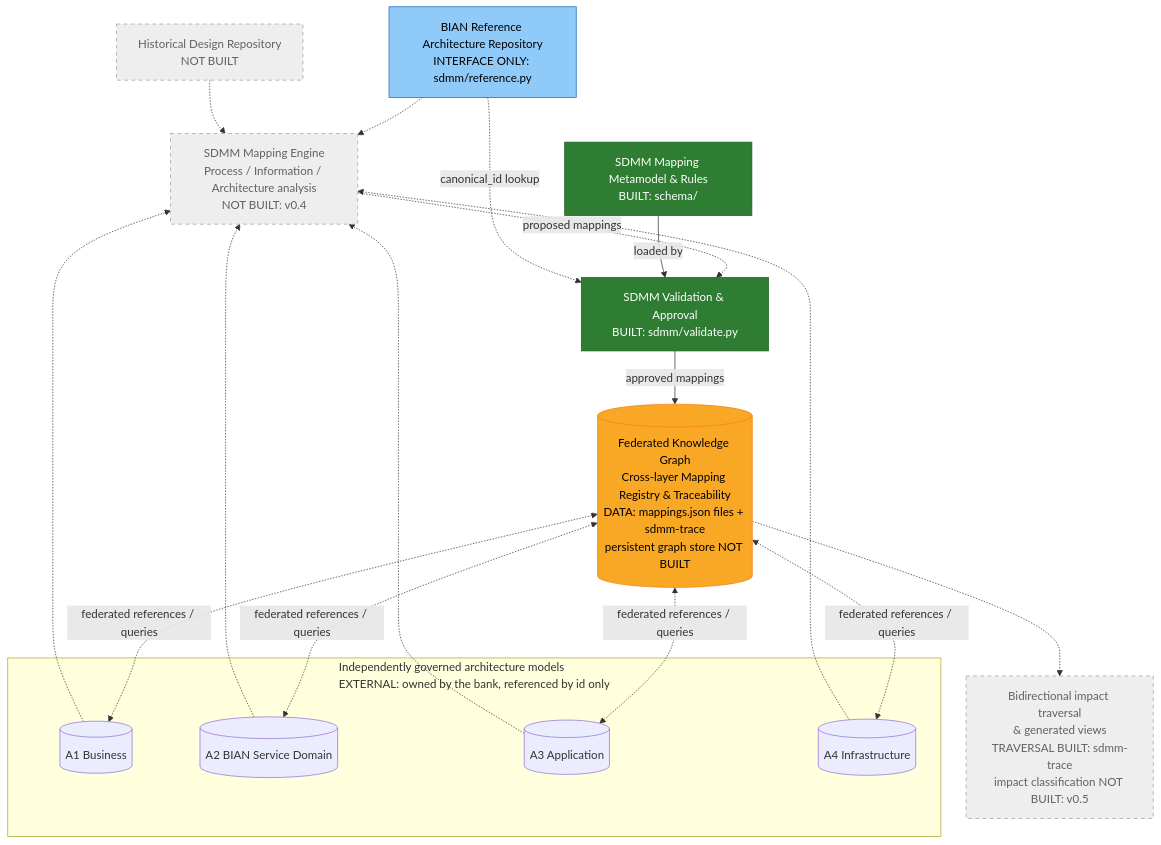
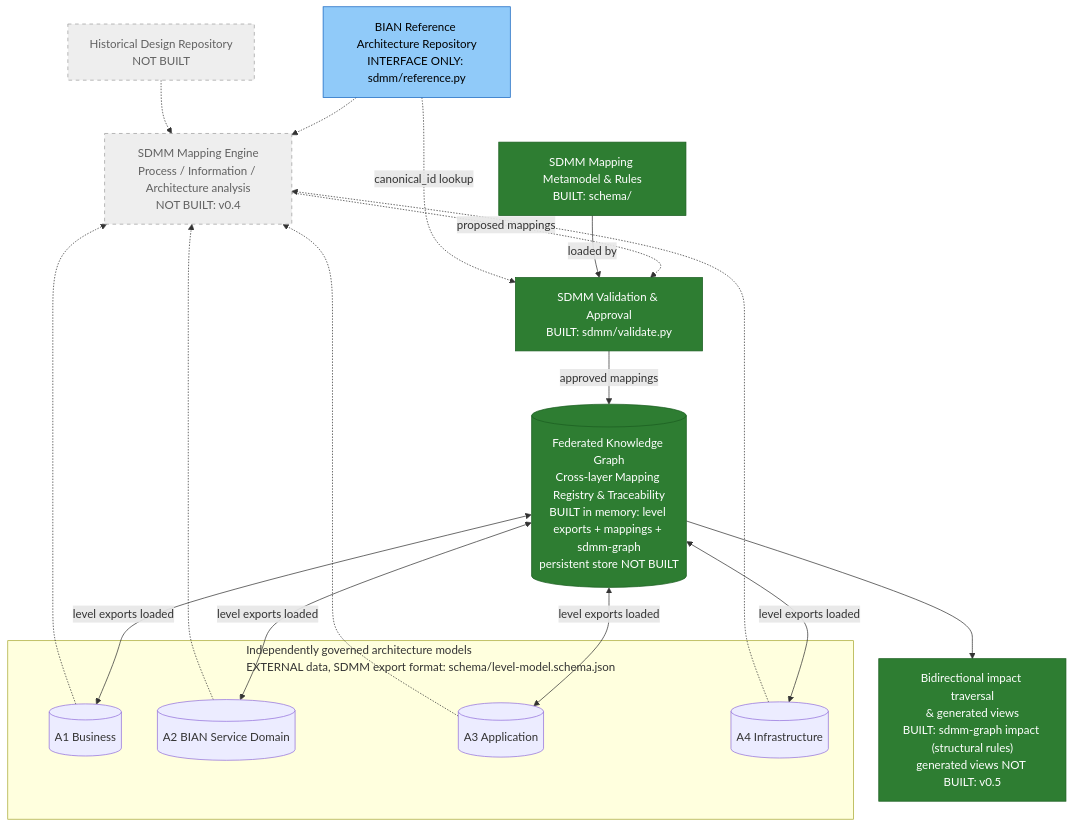
The eighth of 8 diagrams in README.md (taumoeps/bian-sdem-framework), drawn with Mermaid before and after one commit. The commit also changed other lines of this file and 29 other files, not shown here.

First line of the commit message:
v0.4.0: data architecture — entity catalogue, level-model exports, federated graph, impact

````diff
--- a/README.md
+++ b/README.md
@@ -460,41 +498,41 @@
 ```mermaid
 flowchart TB
     REF["BIAN Reference Architecture Repository<br/>INTERFACE ONLY: sdmm/reference.py"]
     HIST["Historical Design Repository<br/>NOT BUILT"]
     RULES["SDMM Mapping Metamodel & Rules<br/>BUILT: schema/"]
     ENGINE["SDMM Mapping Engine<br/>Process / Information / Architecture analysis<br/>NOT BUILT: v0.4"]
     VALID["SDMM Validation & Approval<br/>BUILT: sdmm/validate.py"]
-    FED[("Federated Knowledge Graph<br/>Cross-layer Mapping Registry & Traceability<br/>DATA: mappings.json files + sdmm-trace<br/>persistent graph store NOT BUILT")]
-    IMPACT["Bidirectional impact traversal<br/>& generated views<br/>TRAVERSAL BUILT: sdmm-trace<br/>impact classification NOT BUILT: v0.5"]
+    FED[("Federated Knowledge Graph<br/>Cross-layer Mapping Registry & Traceability<br/>BUILT in memory: level exports + mappings + sdmm-graph<br/>persistent store NOT BUILT")]
+    IMPACT["Bidirectional impact traversal<br/>& generated views<br/>BUILT: sdmm-graph impact (structural rules)<br/>generated views NOT BUILT: v0.5"]
 
-    subgraph LEVELS["Independently governed architecture models<br/>EXTERNAL: owned by the bank, referenced by id only"]
+    subgraph LEVELS["Independently governed architecture models<br/>EXTERNAL data, SDMM export format: schema/level-model.schema.json"]
       A1[(A1 Business)]
       A2[(A2 BIAN Service Domain)]
       A3[(A3 Application)]
       A4[(A4 Infrastructure)]
     end
 
     A1 -.-> ENGINE
     A2 -.-> ENGINE
     A3 -.-> ENGINE
     A4 -.-> ENGINE
     REF -.-> ENGINE
     HIST -.-> ENGINE
     ENGINE -.->|proposed mappings| VALID
     RULES -->|loaded by| VALID
     REF -.->|canonical_id lookup| VALID
     VALID -->|approved mappings| FED
-    FED <-.->|federated references / queries| A1
-    FED <-.->|federated references / queries| A2
-    FED <-.->|federated references / queries| A3
-    FED <-.->|federated references / queries| A4
-    FED -.-> IMPACT
+    FED <-->|level exports loaded| A1
+    FED <-->|level exports loaded| A2
+    FED <-->|level exports loaded| A3
+    FED <-->|level exports loaded| A4
+    FED --> IMPACT
 
     style RULES fill:#2e7d32,color:#fff,stroke:#1b5e20
     style VALID fill:#2e7d32,color:#fff,stroke:#1b5e20
-    style FED fill:#f9a825,color:#000,stroke:#f57f17
+    style FED fill:#2e7d32,color:#fff,stroke:#1b5e20
+    style IMPACT fill:#2e7d32,color:#fff,stroke:#1b5e20
     style REF fill:#90caf9,color:#000,stroke:#1565c0
     style ENGINE fill:#eeeeee,color:#616161,stroke:#9e9e9e,stroke-dasharray: 5 5
     style HIST fill:#eeeeee,color:#616161,stroke:#9e9e9e,stroke-dasharray: 5 5
-    style IMPACT fill:#eeeeee,color:#616161,stroke:#9e9e9e,stroke-dasharray: 5 5
 ```
````
